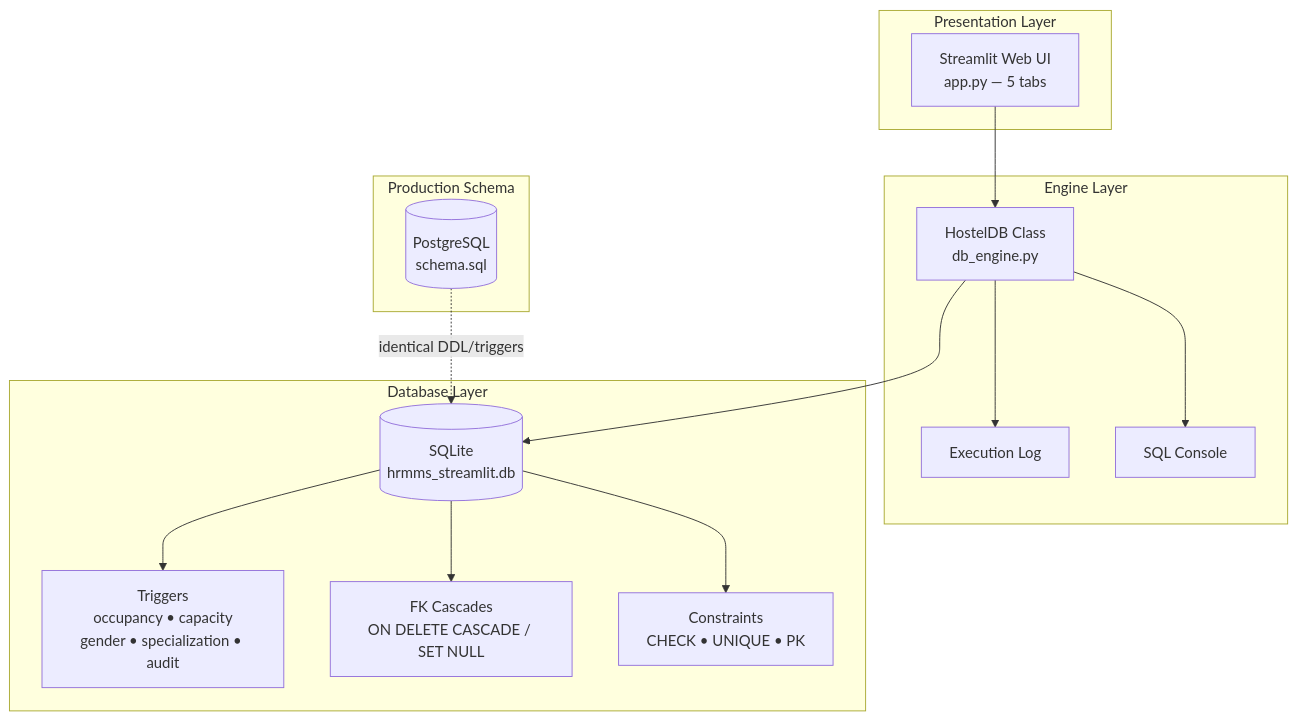
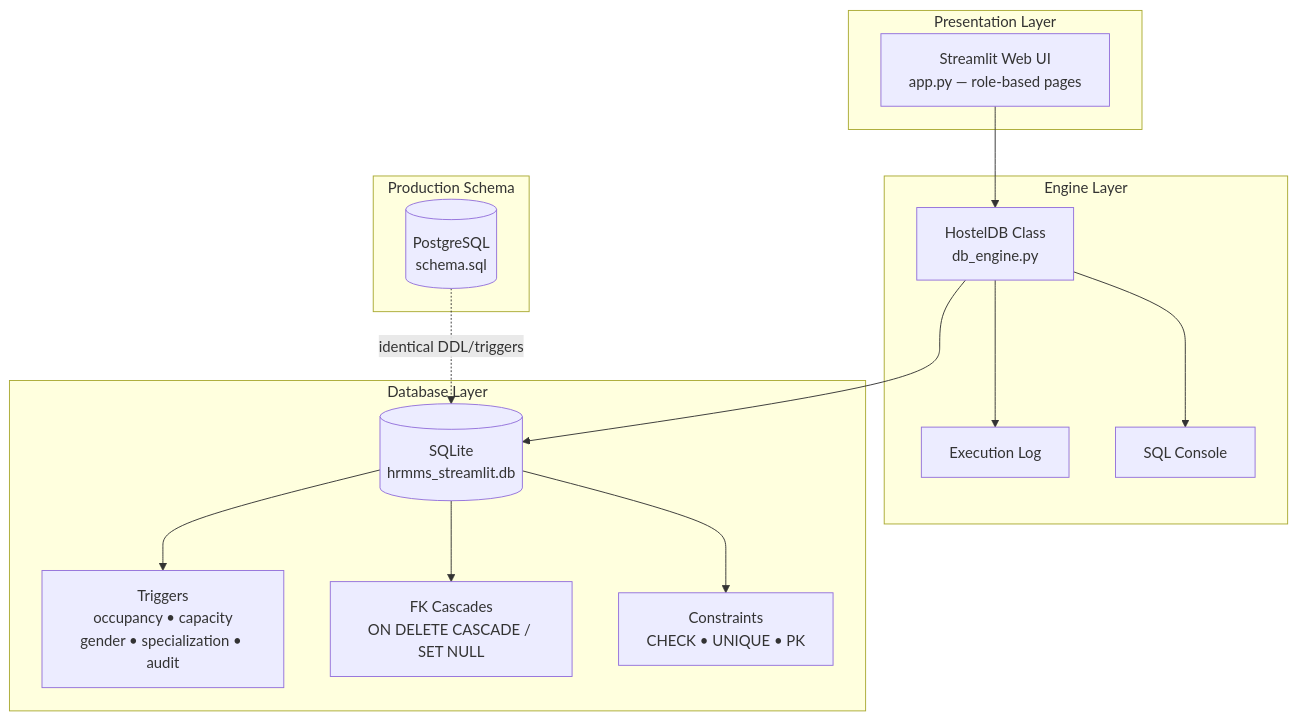
The third of 5 diagrams in README.md (Itsaddu/hostel-room-maintenance-management), drawn with Mermaid before and after one commit. The commit also changed other lines of this file and 4 other files, not shown here.

Commit message:
Redesign UI and add role-based authentication

````diff
--- a/README.md
+++ b/README.md
@@ -573,32 +590,32 @@
 ```mermaid
 graph TB
     subgraph "Presentation Layer"
-        A[Streamlit Web UI<br/>app.py — 5 tabs]
+        A[Streamlit Web UI<br/>app.py — role-based pages]
     end
 
     subgraph "Engine Layer"
         C[HostelDB Class<br/>db_engine.py]
         D[Execution Log]
         E[SQL Console]
     end
 
     subgraph "Database Layer"
         F[(SQLite<br/>hrmms_streamlit.db)]
         G[Triggers<br/>occupancy • capacity<br/>gender • specialization • audit]
         H[FK Cascades<br/>ON DELETE CASCADE / SET NULL]
         I[Constraints<br/>CHECK • UNIQUE • PK]
     end
 
     subgraph "Production Schema"
         J[(PostgreSQL<br/>schema.sql)]
     end
 
     A --> C
     C --> D
     C --> E
     C --> F
     F --> G
     F --> H
     F --> I
     J -. "identical DDL/triggers" .-> F
 ```
````
